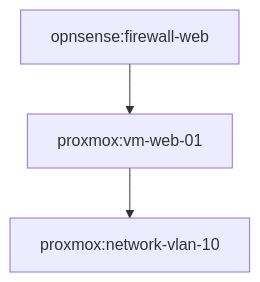
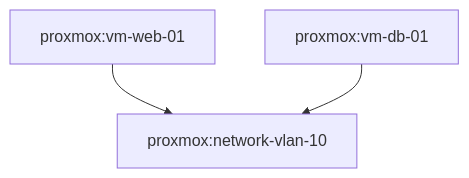
One commit to endavis/infrafoundry changed the diagram in docs/architecture/graphing.md. Above: the diagram before and after it, drawn with Mermaid. The commit also changed other lines of this file and 12 other files, not shown here.

````diff
--- a/docs/architecture/graphing.md
+++ b/docs/architecture/graphing.md
@@ -50,9 +50,9 @@
   ```mermaid
   graph TD
       proxmox_vm_web_01["proxmox:vm-web-01"]
       proxmox_network_vlan_10["proxmox:network-vlan-10"]
-      opnsense_firewall_web["opnsense:firewall-web"]
+      proxmox_vm_db_01["proxmox:vm-db-01"]
 
       proxmox_vm_web_01 --> proxmox_network_vlan_10
-      opnsense_firewall_web --> proxmox_vm_web_01
+      proxmox_vm_db_01 --> proxmox_network_vlan_10
   ```
````
